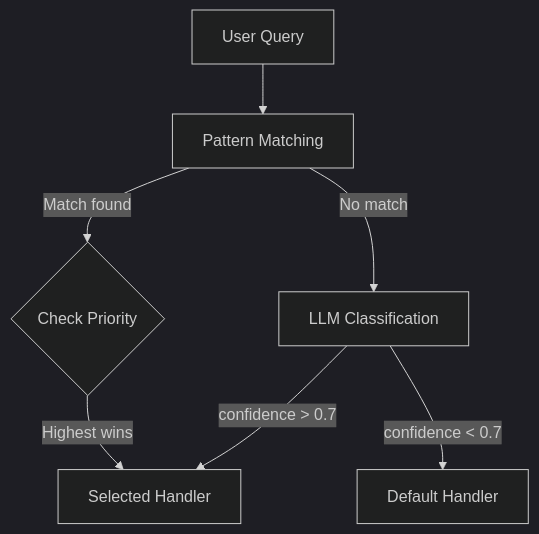
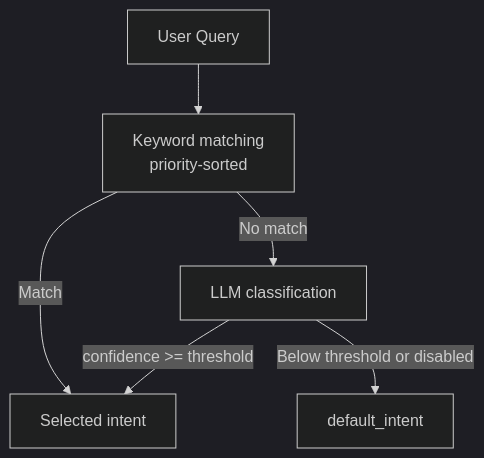
The third of 4 diagrams in mkdocs-site/docs/architecture/request-flow.md (baselithcore/baselithcore), drawn with Mermaid (dark theme) before and after one commit. The commit also changed other lines of this file and 116 other files, not shown here.

Commit message:
docs: update documentation across all core modules, plugins, and architecture guides alongside internal core logic refinements and test suite updates.

````diff
--- a/mkdocs-site/docs/architecture/request-flow.md
+++ b/mkdocs-site/docs/architecture/request-flow.md
@@ -196,9 +326,8 @@
 ```mermaid
 flowchart TD
-    Query[User Query] --> Patterns[Pattern Matching]
-    Patterns --> |Match found| Priority{Check Priority}
-    Patterns --> |No match| LLM[LLM Classification]
-    Priority --> |Highest wins| Handler[Selected Handler]
-    LLM --> |confidence > 0.7| Handler
-    LLM --> |confidence < 0.7| Default[Default Handler]
+    Query[User Query] --> Keywords[Keyword matching<br/>priority-sorted]
+    Keywords --> |Match| Handler[Selected intent]
+    Keywords --> |No match| LLM[LLM classification]
+    LLM --> |confidence >= threshold| Handler
+    LLM --> |Below threshold or disabled| Default[default_intent]
 ```
````
